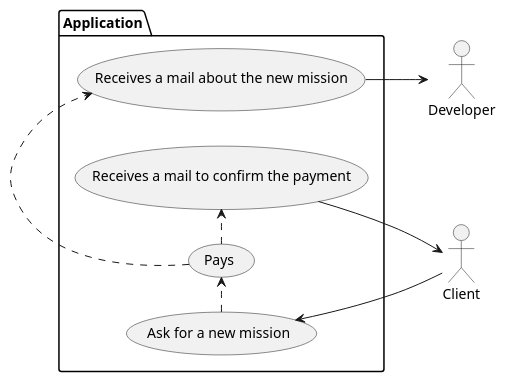
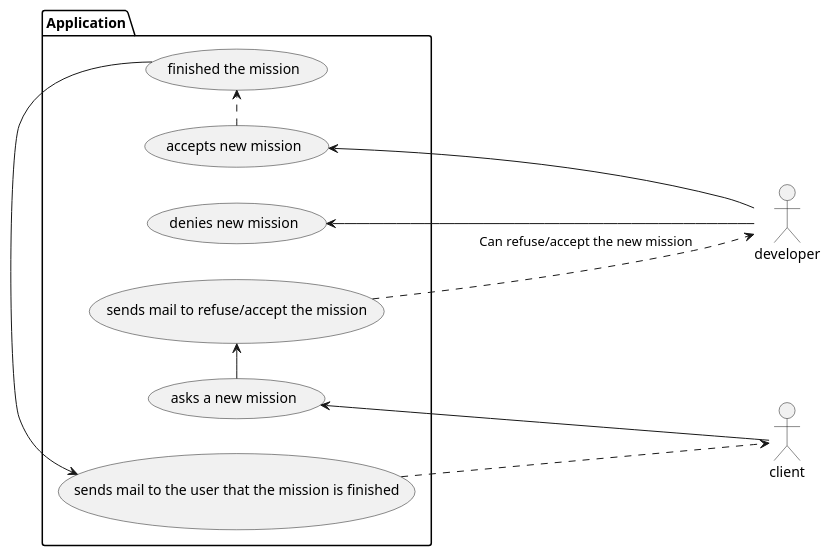
The diagram in docs/useCases/client_dev_usecases.puml (Loic-Jhs/deverr-back), drawn with PlantUML before and after one commit. The commit also changed 7 other files, not shown here.

```diff
--- a/docs/useCases/client_dev_usecases.puml
+++ b/docs/useCases/client_dev_usecases.puml
@@ -1,15 +1,17 @@
 @startuml Client
 left to right direction
 
-:Client: as client
-:Developer: as dev
+actor client
+actor developer
 
 package Application {
-    (Ask for a new mission) .> (Pays)
-    (Pays) .> (Receives a mail about the new mission)
-    (Ask for a new mission) <-- client
-    (Receives a mail about the new mission) --> dev
-    (Pays) .> (Receives a mail to confirm the payment)
-    (Receives a mail to confirm the payment) --> client
+    client --> (asks a new mission)
+    (asks a new mission) -> (sends mail to refuse/accept the mission)
+    (sends mail to refuse/accept the mission) ...> developer : Can refuse/accept the new mission
+    (accepts new mission) <- developer
+    (denies new mission) <- developer
+    (accepts new mission) .> (finished the mission)
+    (finished the mission) -> (sends mail to the user that the mission is finished)
+    (sends mail to the user that the mission is finished) ...> client
 }
 @enduml
```
